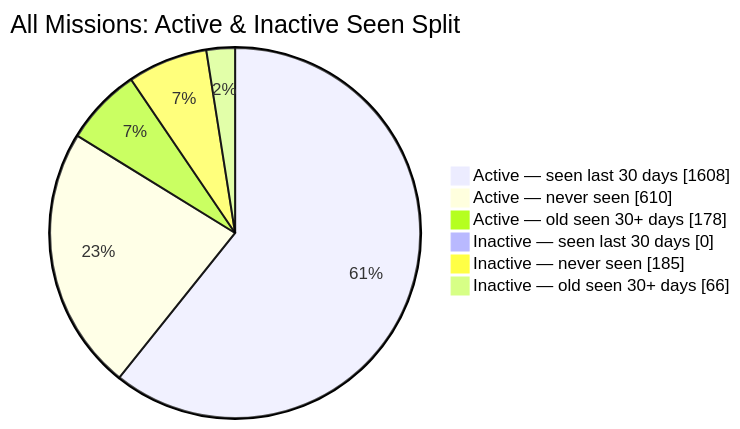
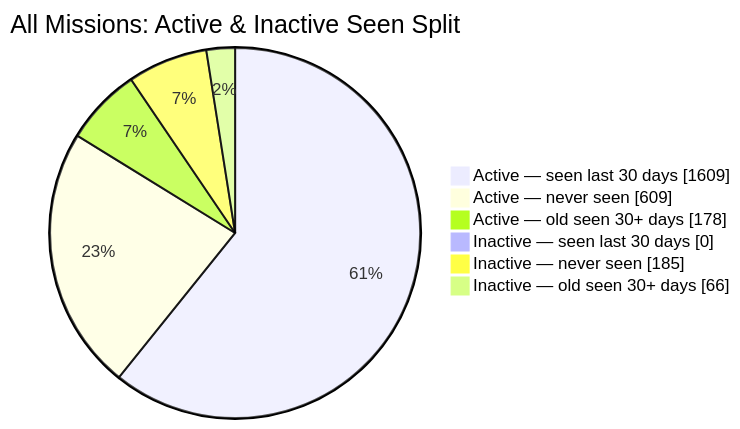
One commit to MeldkamerspelGameTeam/active-missions changed the second of 2 diagrams in README.md. Above: the diagram before and after it, drawn with Mermaid. The commit also changed other lines of this file and 2 other files, not shown here.

````diff
--- a/README.md
+++ b/README.md
@@ -44,10 +44,10 @@
 ```mermaid
 pie showData
     title All Missions: Active & Inactive Seen Split
-    "Active — seen last 30 days" : 1608
-    "Active — never seen" : 610
+    "Active — seen last 30 days" : 1609
+    "Active — never seen" : 609
     "Active — old seen 30+ days" : 178
     "Inactive — seen last 30 days" : 0
     "Inactive — never seen" : 185
     "Inactive — old seen 30+ days" : 66
 ```
````
